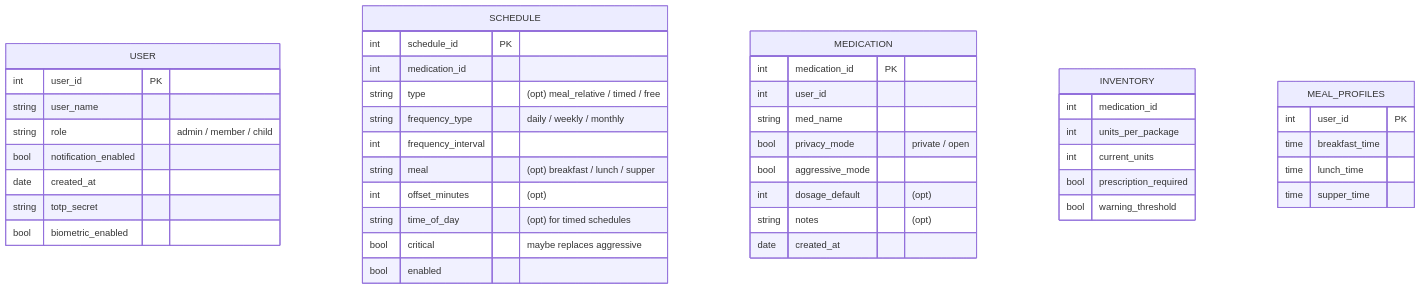
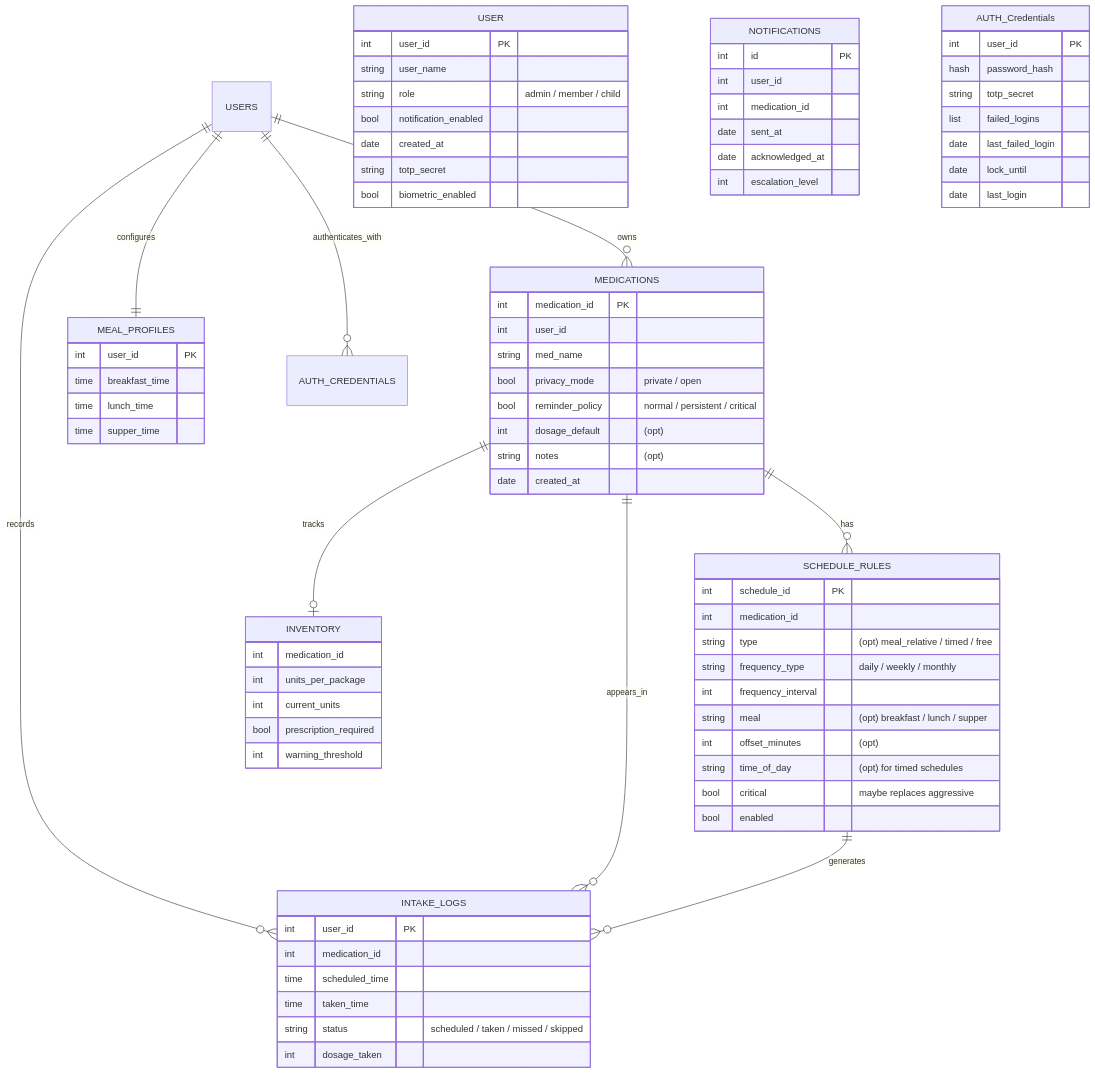
The second of 2 diagrams in docs/SDD.md (juscghwe/pilltracker), drawn with Mermaid before and after one commit.

Commit message:
docs: enhanced data models

````diff
--- a/docs/SDD.md
+++ b/docs/SDD.md
@@ -94,5 +94,16 @@
 ```mermaid
 erDiagram
+    USERS ||--o{ MEDICATIONS : owns
+    USERS ||--|| MEAL_PROFILES : configures
+    USERS ||--o{ AUTH_CREDENTIALS : authenticates_with
+    USERS ||--o{ INTAKE_LOGS : records
+
+    MEDICATIONS ||--o{ SCHEDULE_RULES : has
+    MEDICATIONS ||--o| INVENTORY : tracks
+    MEDICATIONS ||--o{ INTAKE_LOGS : appears_in
+
+    SCHEDULE_RULES ||--o{ INTAKE_LOGS : generates
+
     USER {
         int user_id PK
         string user_name
@@ -103,7 +114,7 @@
         bool biometric_enabled
     }
 
-    SCHEDULE {
+    SCHEDULE_RULES {
         int schedule_id PK
         int medication_id
         string type "(opt) meal_relative / timed / free"
@@ -116,12 +127,12 @@
         bool enabled
     }
 
-    MEDICATION {
+    MEDICATIONS {
         int medication_id PK
         int user_id
         string med_name
         bool privacy_mode "private / open"
-        bool aggressive_mode
+        bool reminder_policy "normal / persistent / critical"
         int dosage_default "(opt)"
         string notes "(opt)"
         date created_at
@@ -132,7 +143,7 @@
         int units_per_package
         int current_units
         bool prescription_required
-        bool warning_threshold
+        int warning_threshold
     }
 
     MEAL_PROFILES {
@@ -141,4 +152,32 @@
         time lunch_time
         time supper_time
     }
+    
+    INTAKE_LOGS {
+        int user_id PK
+        int medication_id
+        time scheduled_time
+        time taken_time
+        string status "scheduled / taken / missed / skipped"
+        int dosage_taken
+    }
+
+    NOTIFICATIONS {
+        int id PK
+        int user_id
+        int medication_id
+        date sent_at
+        date acknowledged_at
+        int escalation_level
+    }
+
+    AUTH_Credentials {
+        int user_id PK
+        hash password_hash
+        string totp_secret
+        list failed_logins
+        date last_failed_login
+        date lock_until
+        date last_login
+    }
 ```
````
